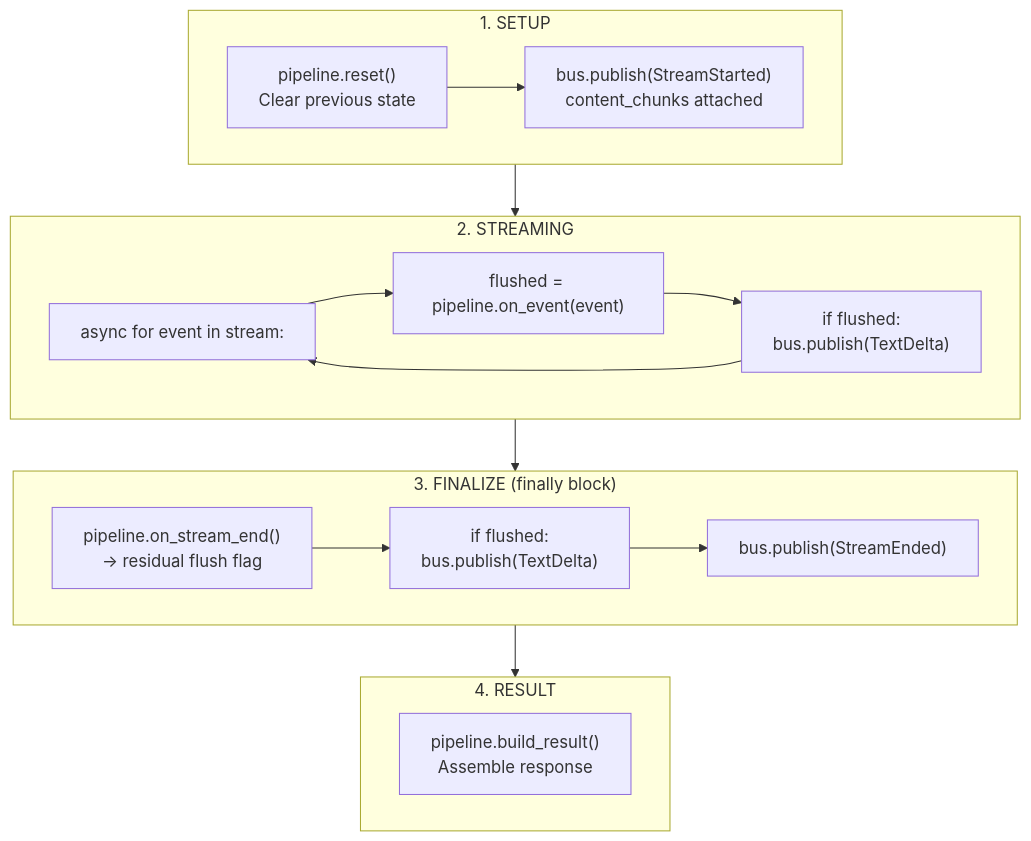
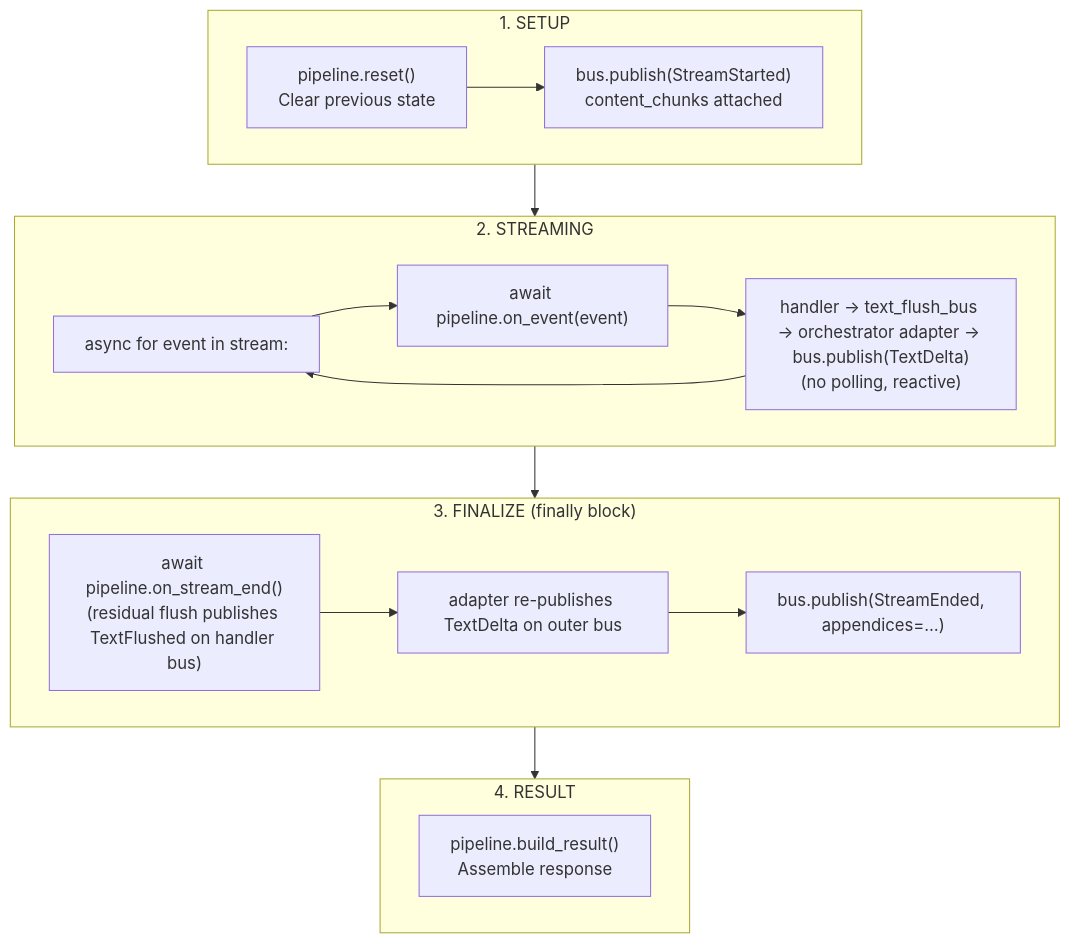
The diagram in unique_toolkit/docs/architecture/streaming/lifecycle.md (Unique-AG/ai), drawn with Mermaid before and after one commit. The commit also changed other lines of this file and 19 other files, not shown here.

First line of the commit message:
refactor(toolkit): handler-owned typed buses for text flush + activity progress

````diff
--- a/unique_toolkit/docs/architecture/streaming/lifecycle.md
+++ b/unique_toolkit/docs/architecture/streaming/lifecycle.md
@@ -5,28 +5,28 @@
 ```mermaid
 flowchart TB
     subgraph S1["1. SETUP"]
         S1A["pipeline.reset()<br/>Clear previous state"]
         S1B["bus.publish(StreamStarted)<br/>content_chunks attached"]
         S1A --> S1B
     end
 
     subgraph S2["2. STREAMING"]
         S2A["async for event in stream:"]
-        S2B["flushed = pipeline.on_event(event)"]
-        S2C["if flushed:<br/>bus.publish(TextDelta)"]
+        S2B["await pipeline.on_event(event)"]
+        S2C["handler → text_flush_bus → orchestrator adapter → bus.publish(TextDelta)<br/>(no polling, reactive)"]
         S2A --> S2B --> S2C --> S2A
     end
 
     subgraph S3["3. FINALIZE (finally block)"]
-        S3A["pipeline.on_stream_end()<br/>→ residual flush flag"]
-        S3B["if flushed:<br/>bus.publish(TextDelta)"]
-        S3C["bus.publish(StreamEnded)"]
+        S3A["await pipeline.on_stream_end()<br/>(residual flush publishes TextFlushed on handler bus)"]
+        S3B["adapter re-publishes TextDelta on outer bus"]
+        S3C["bus.publish(StreamEnded, appendices=…)"]
         S3A --> S3B --> S3C
     end
 
     subgraph S4["4. RESULT"]
         S4A["pipeline.build_result()<br/>Assemble response"]
     end
 
     S1 --> S2 --> S3 --> S4
 ```
````
